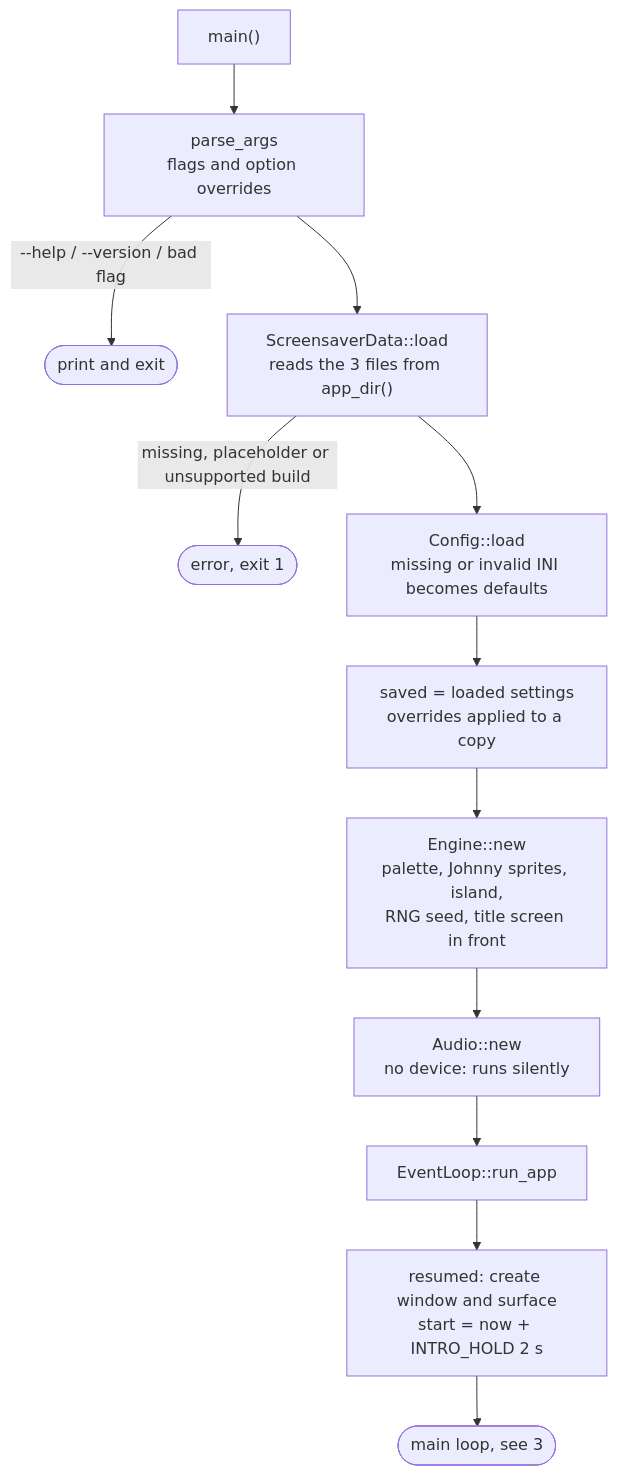
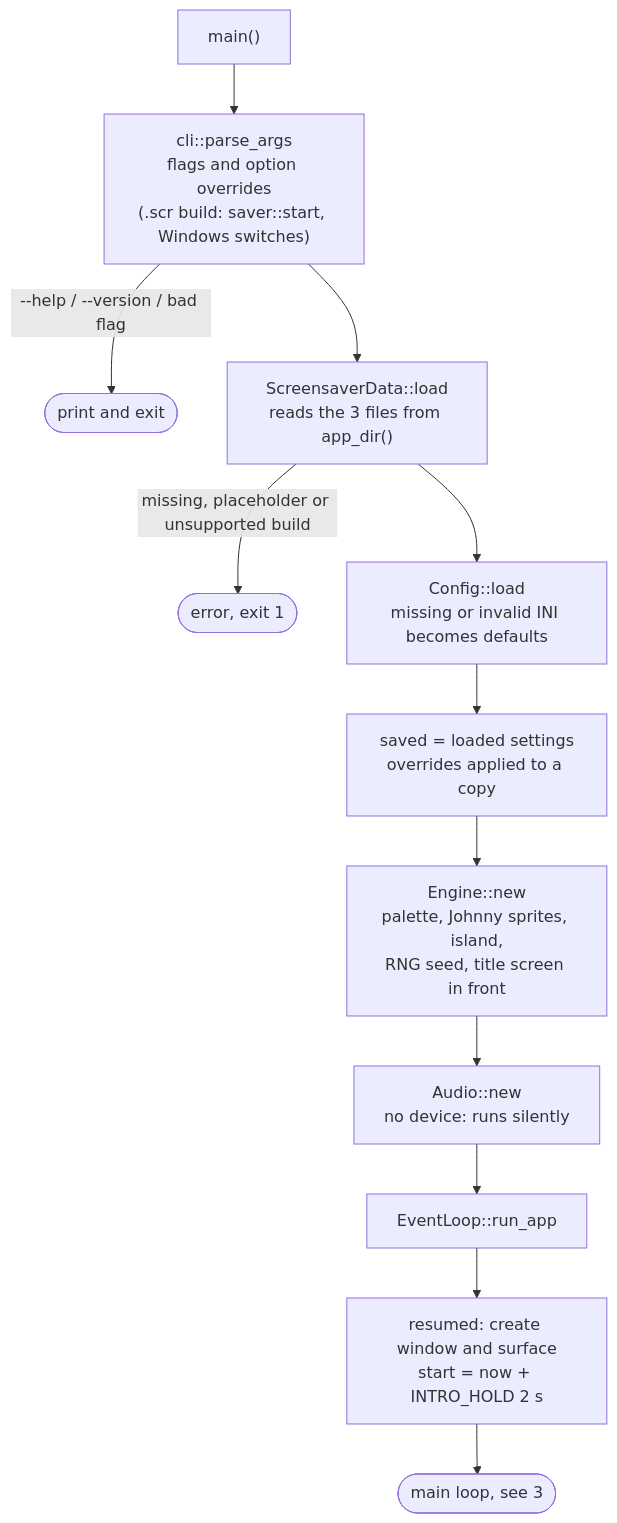
The second of 13 diagrams in docs/DIAGRAMS.md (glauberlima/open-scrantic), drawn with Mermaid before and after one commit. The commit also changed other lines of this file and 3 other files, not shown here.

First line of the commit message:
docs: document the Windows screensaver build

````diff
--- a/docs/DIAGRAMS.md
+++ b/docs/DIAGRAMS.md
@@ -72,14 +74,14 @@
 ```mermaid
 flowchart TD
-    A["main()"] --> B["parse_args<br/>flags and option overrides"]
+    A["main()"] --> B["cli::parse_args<br/>flags and option overrides<br/>(.scr build: saver::start, Windows switches)"]
     B -->|"--help / --version / bad flag"| X(["print and exit"])
     B --> C["ScreensaverData::load<br/>reads the 3 files from app_dir()"]
     C -->|"missing, placeholder or unsupported build"| E(["error, exit 1"])
     C --> D["Config::load<br/>missing or invalid INI becomes defaults"]
     D --> D2["saved = loaded settings<br/>overrides applied to a copy"]
     D2 --> F["Engine::new<br/>palette, Johnny sprites, island,<br/>RNG seed, title screen in front"]
     F --> G["Audio::new<br/>no device: runs silently"]
     G --> H["EventLoop::run_app"]
     H --> I["resumed: create window and surface<br/>start = now + INTRO_HOLD 2 s"]
     I --> J(["main loop, see 3"])
 ```
````
